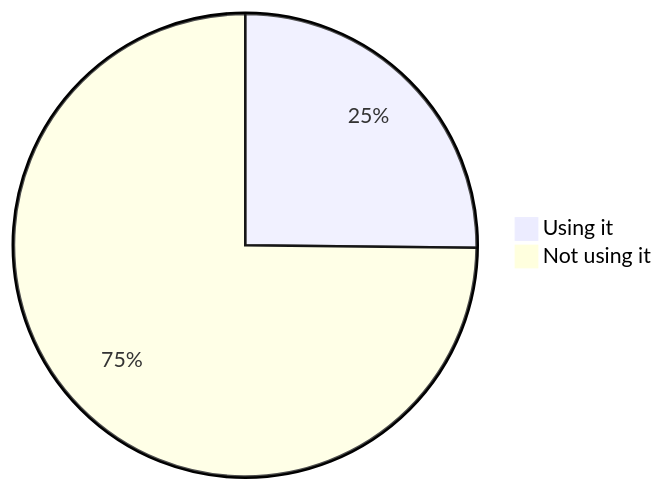
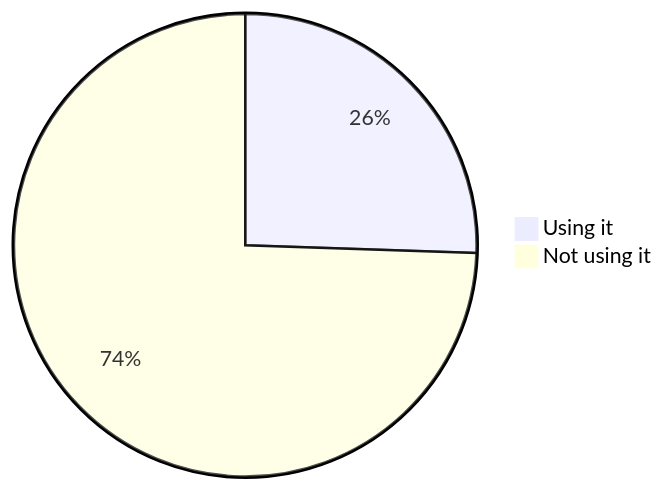
One commit to oshp/oshp-stats changed diagram 14 of 19 in stats.md. Above: the diagram before and after it, drawn with Mermaid. The commit also changed other lines of this file, not shown here.

````diff
--- a/stats.md
+++ b/stats.md
@@ -164,6 +164,6 @@
 ```mermaid
 pie
-	"Using it" : 25.17
-	"Not using it" : 74.83
+	"Using it" : 25.54
+	"Not using it" : 74.47
 
 ```
````
